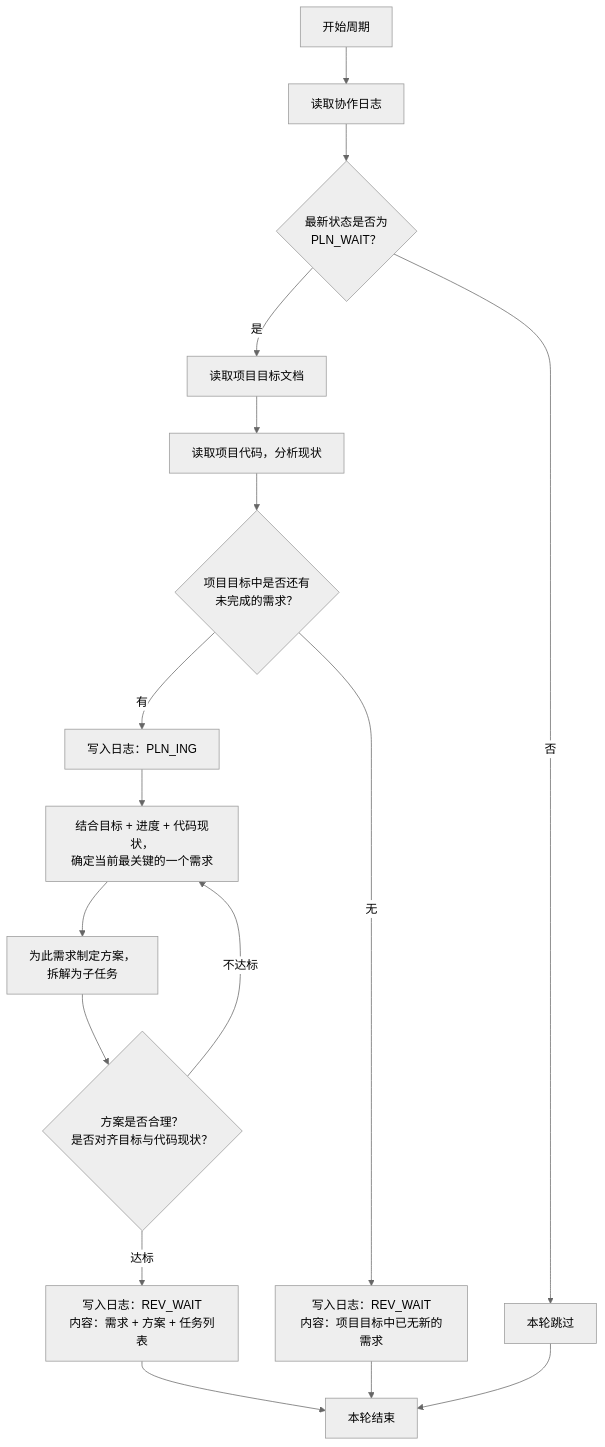
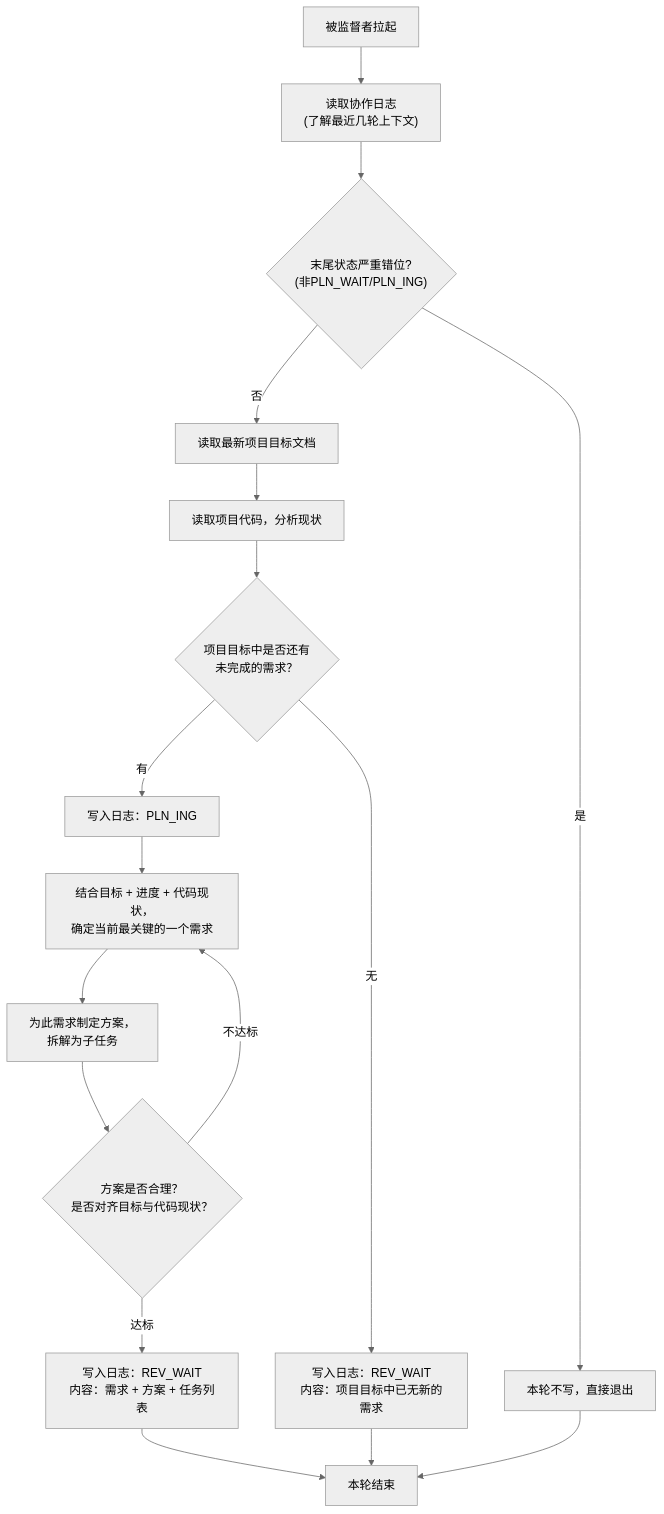
Before and after one commit to zhangzhanluo/pre-engineering: the diagram in skills/pre-engineering/references/zh/规划者指导模板.md, drawn with Mermaid (neutral theme). The commit also changed other lines of this file and 13 other files, not shown here.

````diff
--- a/skills/pre-engineering/references/zh/规划者指导模板.md
+++ b/skills/pre-engineering/references/zh/规划者指导模板.md
@@ -41,19 +31,19 @@
 ```mermaid
 flowchart TD
-    Start["开始周期"] --> ReadLog["读取协作日志"]
-    ReadLog --> Check{"最新状态是否为<br/>PLN_WAIT？"}
-    Check -->|否| Idle["本轮跳过"]
-    Check -->|是| ReadGoal["读取项目目标文档"]
+    Start["被监督者拉起"] --> ReadLog["读取协作日志<br/>(了解最近几轮上下文)"]
+    ReadLog --> Check{"末尾状态严重错位?<br/>(非PLN_WAIT/PLN_ING)"}
+    Check -->|是| Exit["本轮不写，直接退出"]
+    Check -->|否| ReadGoal["读取最新项目目标文档"]
     ReadGoal --> ReadCode["读取项目代码，分析现状"]
     ReadCode --> HasMore{"项目目标中是否还有<br/>未完成的需求？"}
     HasMore -->|有| Begin["写入日志：PLN_ING"]
     Begin --> Analyze["结合目标 + 进度 + 代码现状，<br/>确定当前最关键的一个需求"]
     Analyze --> Decompose["为此需求制定方案，<br/>拆解为子任务"]
     Decompose --> SelfCheck{"方案是否合理？<br/>是否对齐目标与代码现状？"}
     SelfCheck -->|不达标| Analyze
     SelfCheck -->|达标| Write["写入日志：REV_WAIT<br/>内容：需求 + 方案 + 任务列表"]
     Write --> End["本轮结束"]
     HasMore -->|无| NoMore["写入日志：REV_WAIT<br/>内容：项目目标中已无新的需求"]
     NoMore --> End
-    Idle --> End
+    Exit --> End
 ```
````
